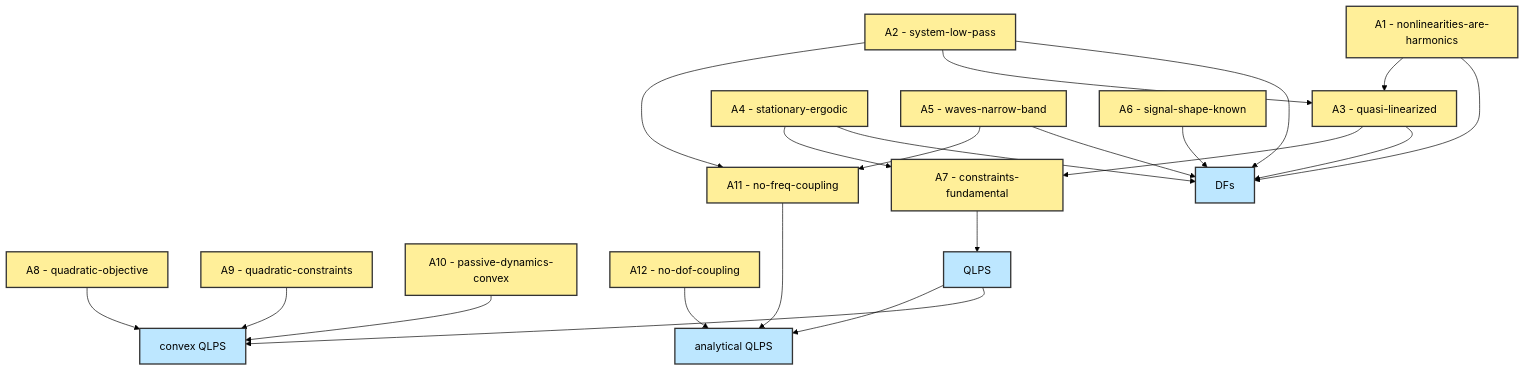
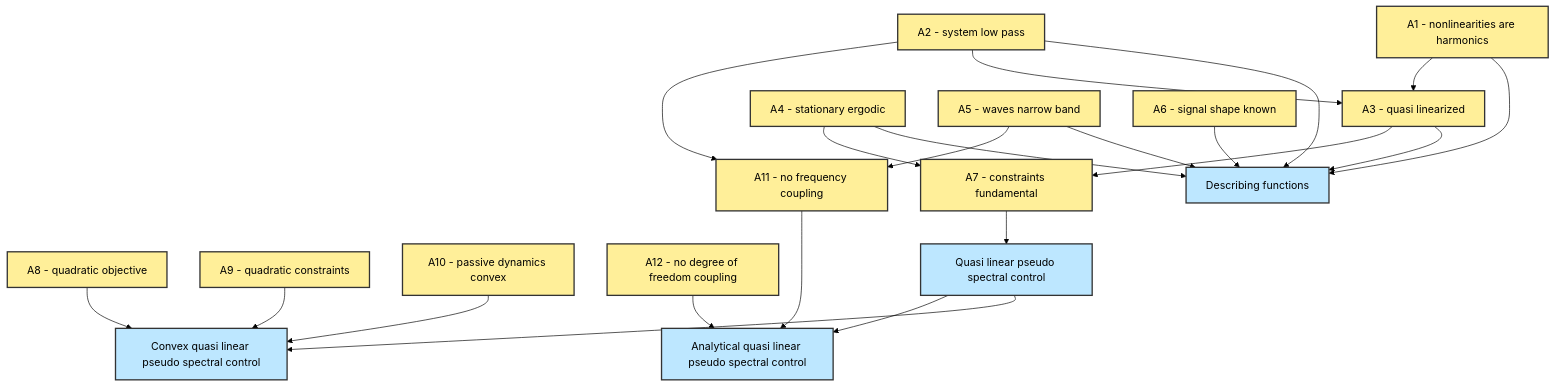
One commit to symbiotic-engineering/MDOcean changed the diagram in mdocean/plots/non_matlab_figs/assumptions.mmd. Above: the diagram before and after it, drawn with Mermaid (forest theme). The commit also changed 1 other file, not shown here.

Commit message:
Renumber AOR mapping for assumptions and improve diagram labels

```diff
--- a/mdocean/plots/non_matlab_figs/assumptions.mmd
+++ b/mdocean/plots/non_matlab_figs/assumptions.mmd
@@ -1,48 +1,48 @@
 flowchart TD
-    A1["A1 - nonlinearities-are-harmonics"]
-    A2["A2 - system-low-pass"]
-    A3["A3 - quasi-linearized"]
-    A4["A4 - stationary-ergodic"]
-    A5["A5 - waves-narrow-band"]
-    A6["A6 - signal-shape-known"]
-    A7["A7 - constraints-fundamental"]
-    A8["A8 - quadratic-objective"]
-    A9["A9 - quadratic-constraints"]
-    A10["A10 - passive-dynamics-convex"]
-    A11["A11 - no-freq-coupling"]
-    A12["A12 - no-dof-coupling"]
+    A1["A1 - nonlinearities are harmonics"]
+    A2["A2 - system low pass"]
+    A3["A3 - quasi linearized"]
+    A4["A4 - stationary ergodic"]
+    A5["A5 - waves narrow band"]
+    A6["A6 - signal shape known"]
+    A7["A7 - constraints fundamental"]
+    A8["A8 - quadratic objective"]
+    A9["A9 - quadratic constraints"]
+    A10["A10 - passive dynamics convex"]
+    A11["A11 - no frequency coupling"]
+    A12["A12 - no degree of freedom coupling"]
 
-    DFs["DFs"]
-    QLPS["QLPS"]
-    ConvexQLPS["convex QLPS"]
-    AnalyticalQLPS["analytical QLPS"]
+    DFs["Describing functions"]
+    QLPS["Quasi linear pseudo spectral control"]
+    ConvexQLPS["Convex quasi linear pseudo spectral control"]
+    AnalyticalQLPS["Analytical quasi linear pseudo spectral control"]
 
     A1 --> DFs
     A2 --> DFs
     A3 --> DFs
     A4 --> DFs
     A5 --> DFs
     A6 --> DFs
 
     A1 --> A3
     A2 --> A3
     A3 --> A7
     A4 --> A7
     A7 --> QLPS
 
     A8 --> ConvexQLPS
     A9 --> ConvexQLPS
     A10 --> ConvexQLPS
     QLPS --> ConvexQLPS
 
     A2 --> A11
     A5 --> A11
     A11 --> AnalyticalQLPS
     A12 --> AnalyticalQLPS
     QLPS --> AnalyticalQLPS
 
     classDef assumptions fill:#ffef99,stroke:#333,stroke-width:2px;
     classDef modelchars fill:#bde7ff,stroke:#333,stroke-width:2px;
 
     class A1,A2,A3,A4,A5,A6,A7,A8,A9,A10,A11,A12 assumptions
     class DFs,QLPS,ConvexQLPS,AnalyticalQLPS modelchars
```
